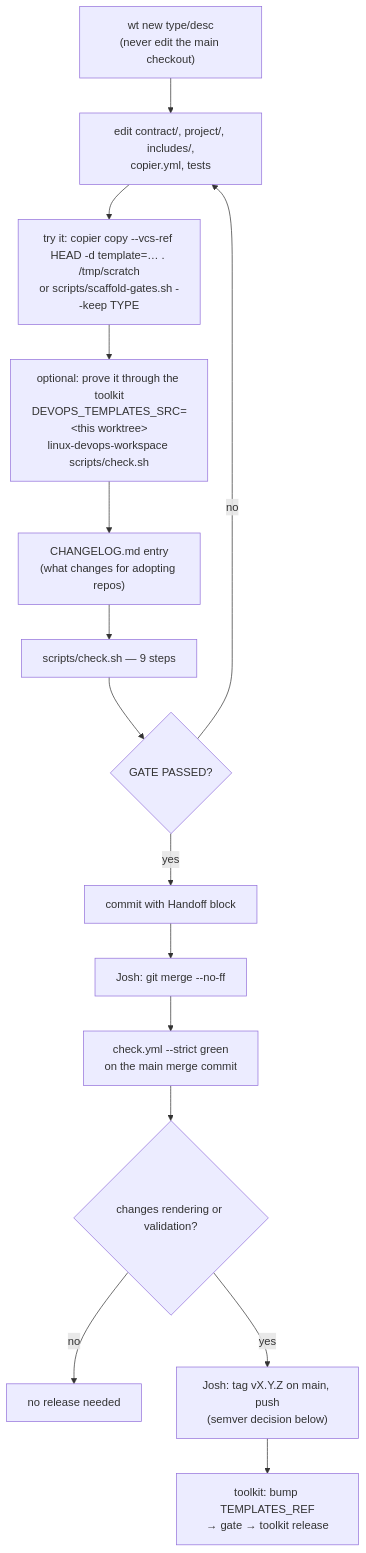
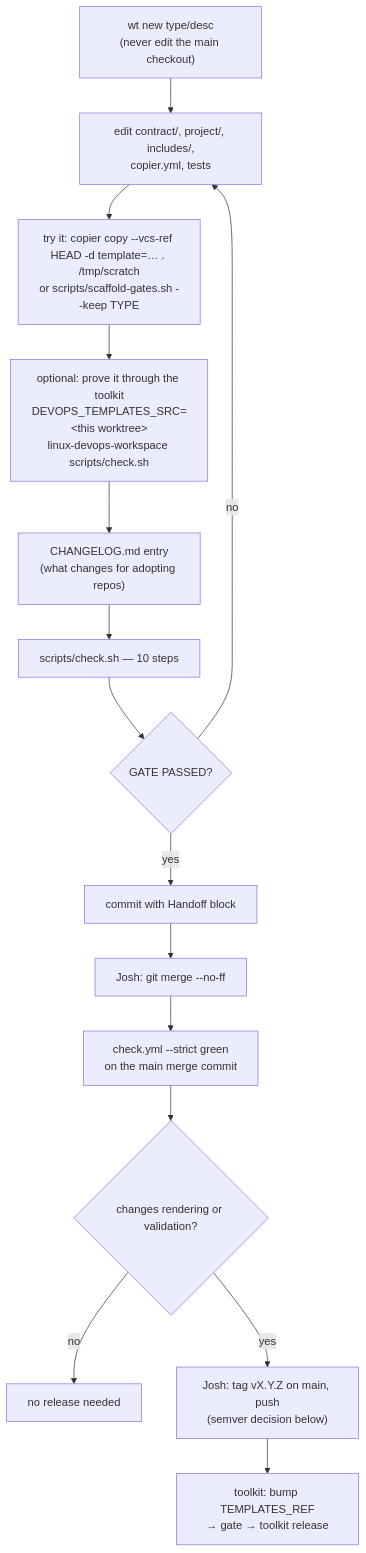
One commit to djfiend/devops-templates changed the third of 6 diagrams in docs/operations.md. Above: the diagram before and after it, drawn with Mermaid. The commit also changed other lines of this file and 7 other files, not shown here.

````diff
--- a/docs/operations.md
+++ b/docs/operations.md
@@ -68,17 +68,17 @@
 ```mermaid
 flowchart TD
     A["wt new type/desc<br/>(never edit the main checkout)"] --> B["edit contract/, project/, includes/,<br/>copier.yml, tests"]
     B --> C["try it: copier copy --vcs-ref HEAD -d template=… . /tmp/scratch<br/>or scripts/scaffold-gates.sh --keep TYPE"]
     C --> D["optional: prove it through the toolkit<br/>DEVOPS_TEMPLATES_SRC=&lt;this worktree&gt;<br/>linux-devops-workspace scripts/check.sh"]
     D --> E["CHANGELOG.md entry<br/>(what changes for adopting repos)"]
-    E --> F["scripts/check.sh — 9 steps"]
+    E --> F["scripts/check.sh — 10 steps"]
     F --> G{"GATE PASSED?"}
     G -- no --> B
     G -- yes --> H["commit with Handoff block"]
     H --> I["Josh: git merge --no-ff"]
     I --> CI["check.yml --strict green<br/>on the main merge commit"]
     CI --> J{"changes rendering or validation?"}
     J -- no --> K["no release needed"]
     J -- yes --> L["Josh: tag vX.Y.Z on main, push<br/>(semver decision below)"]
     L --> N["toolkit: bump TEMPLATES_REF<br/>→ gate → toolkit release"]
 ```
````
